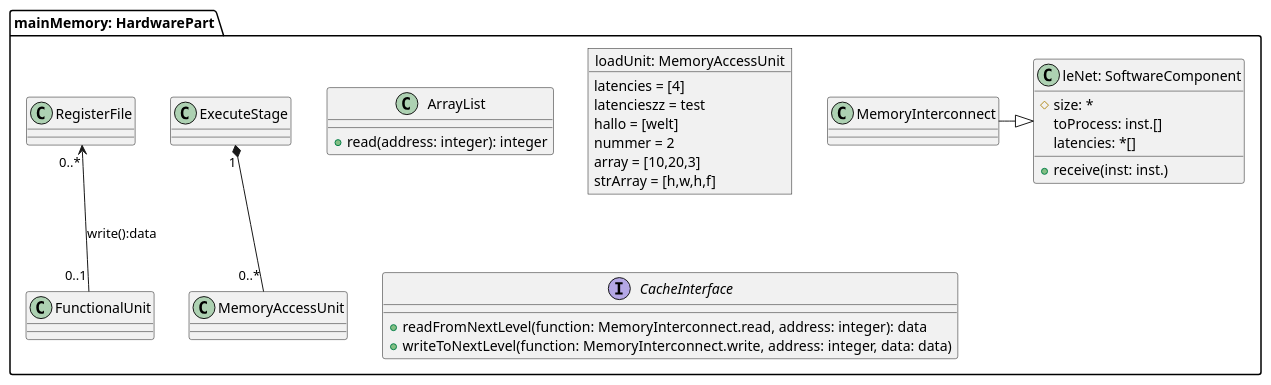
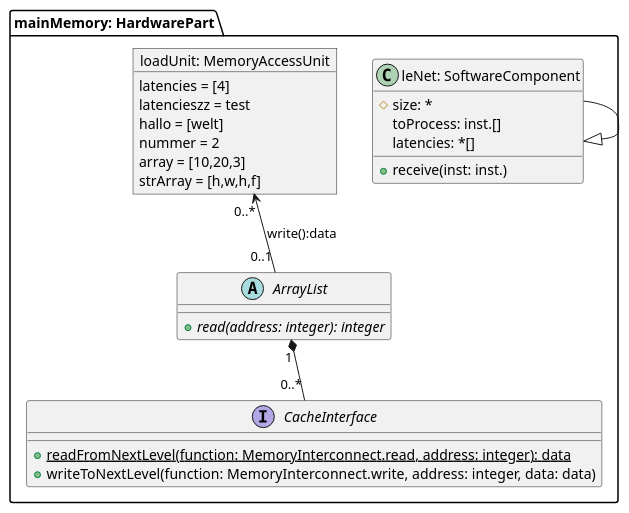
One commit to FloSchmidt-Develop/PlantUMLClassDiagram-Online-Editor changed the diagram in parser/demoFiles/test.puml. Above: the diagram before and after it, drawn with PlantUML. The commit also changed 31 other files, not shown here.

Commit message:
Add Modifiers to define static and abstract Attributes and Methodes - add icons to show visibility

```diff
--- a/parser/demoFiles/test.puml
+++ b/parser/demoFiles/test.puml
@@ -1,36 +1,36 @@
 @startuml
 
 package "mainMemory: HardwarePart" {
 
 class "leNet: SoftwareComponent" as MemoryInterface {
 #size: *
 +receive(inst: inst.)
 toProcess: inst.[]
 latencies: *[]
 }
 
-class "ArrayList" as ArrayList {
-+read(address: integer): integer
+abstract "ArrayList" as ArrayList {
++{abstract}read(address: integer): integer
 }
 
 object "loadUnit: MemoryAccessUnit" as loadUnit {
 latencies = [4]
 latencieszz = test
 hallo = [welt]
 nummer = 2
 array = [10,20,3]
 strArray = [h,w,h,f]
 }
 
 interface CacheInterface {
-+readFromNextLevel(function: MemoryInterconnect.read, address: integer): data
++ {static} readFromNextLevel(function: MemoryInterconnect.read, address: integer): data
 +writeToNextLevel(function: MemoryInterconnect.write, address: integer, data: data)
 }
 
-ExecuteStage "1"*--"0..*" MemoryAccessUnit
-MemoryInterface <|-left- MemoryInterconnect
-RegisterFile "0..*"<--"0..1" FunctionalUnit : "write():data"
+ArrayList "1"*--"0..*" CacheInterface
+MemoryInterface <|-left- MemoryInterface
+loadUnit "0..*"<--"0..1" ArrayList : "write():data"
 
 }
 
 @enduml
```
